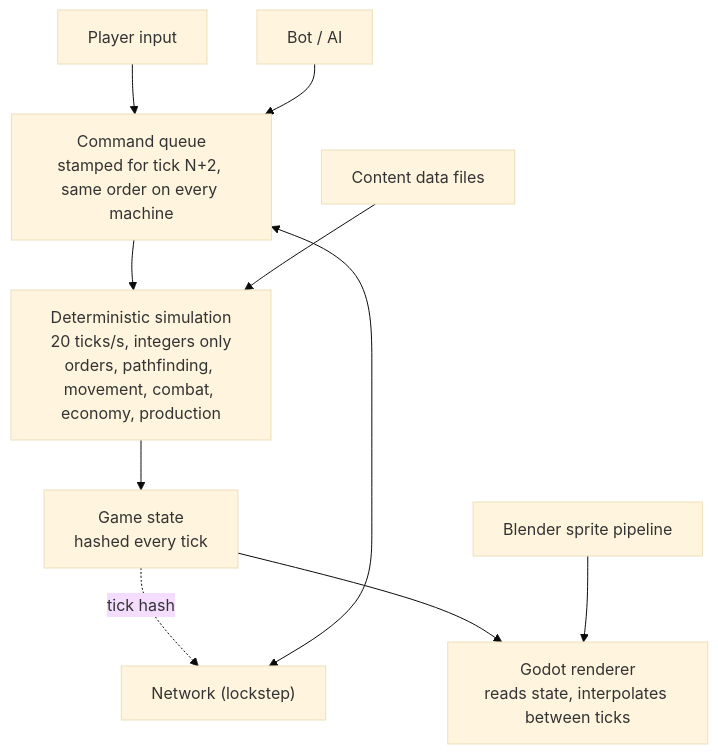
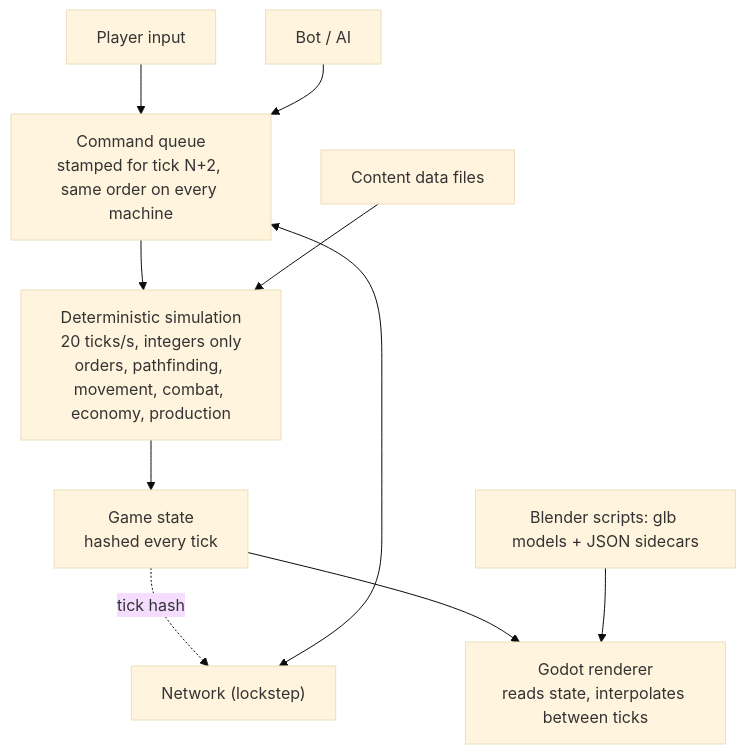
Before and after one commit to yasserreslan/simcore: the second of 2 diagrams in docs/design.md, drawn with Mermaid (base theme). The commit also changed other lines of this file and 1 other file, not shown here.

````diff
--- a/docs/design.md
+++ b/docs/design.md
@@ -192,12 +237,12 @@
 ```mermaid
 flowchart TD
   PI["Player input"] --> Q["Command queue<br/>stamped for tick N+2, same order on every machine"]
   BOT["Bot / AI"] --> Q
   NET["Network (lockstep)"] <--> Q
   Q --> SIM["Deterministic simulation<br/>20 ticks/s, integers only<br/>orders, pathfinding, movement, combat, economy, production"]
   DATA["Content data files"] --> SIM
   SIM --> ST["Game state<br/>hashed every tick"]
   ST -. "tick hash" .-> NET
   ST --> R["Godot renderer<br/>reads state, interpolates between ticks"]
-  BL["Blender sprite pipeline"] --> R
+  BL["Blender scripts: glb models + JSON sidecars"] --> R
 ```
````
